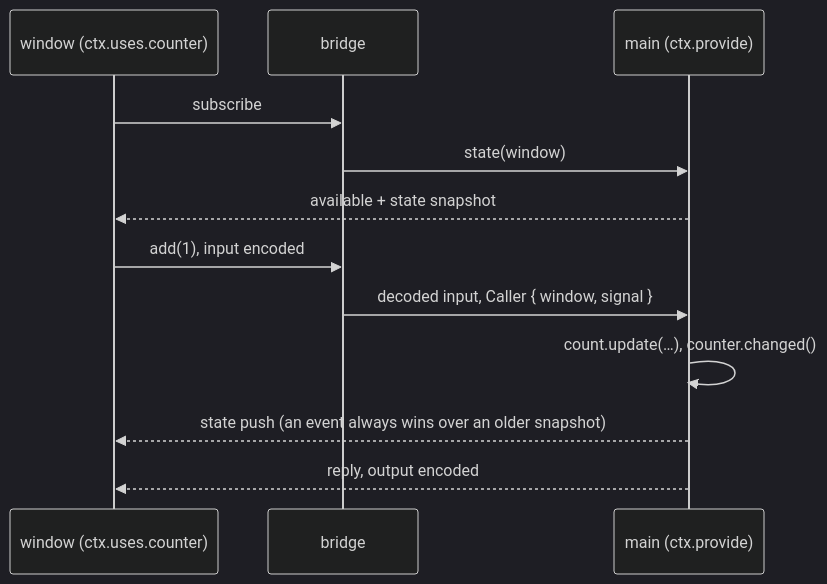
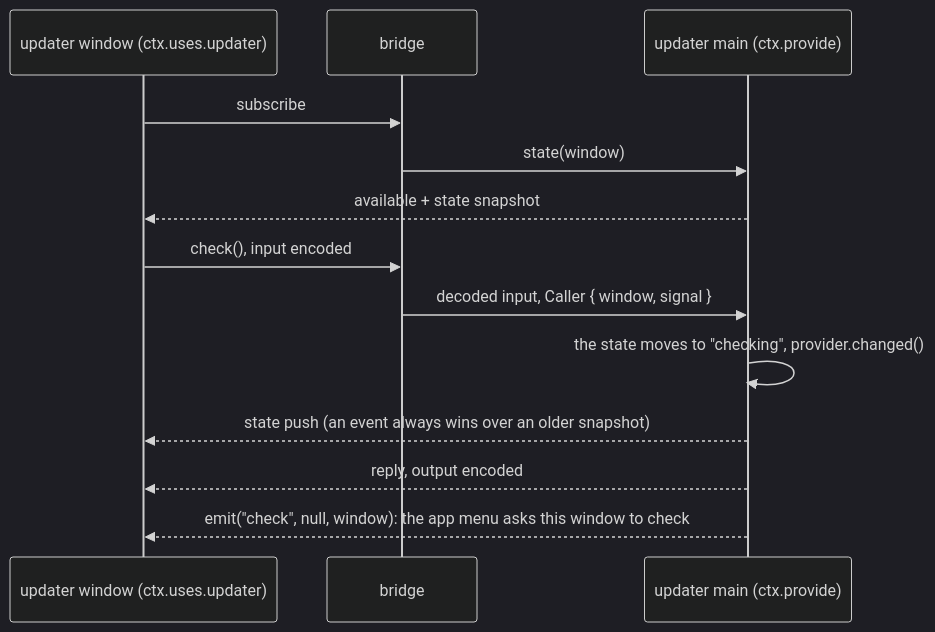
Before and after one commit to Hona/opencode: the fourth of 4 diagrams in packages/gui-extensions/README.md, drawn with Mermaid (dark theme). The commit also changed other lines of this file and 14 other files, not shown here.

````diff
--- a/packages/gui-extensions/README.md
+++ b/packages/gui-extensions/README.md
@@ -220,14 +237,15 @@
 ```mermaid
 sequenceDiagram
-  participant W as window (ctx.uses.counter)
+  participant W as updater window (ctx.uses.updater)
   participant B as bridge
-  participant M as main (ctx.provide)
+  participant M as updater main (ctx.provide)
   W->>B: subscribe
   B->>M: state(window)
   M-->>W: available + state snapshot
-  W->>B: add(1), input encoded
+  W->>B: check(), input encoded
   B->>M: decoded input, Caller { window, signal }
-  M->>M: count.update(…), counter.changed()
+  M->>M: the state moves to "checking", provider.changed()
   M-->>W: state push (an event always wins over an older snapshot)
   M-->>W: reply, output encoded
+  M-->>W: emit("check", null, window): the app menu asks this window to check
 ```
````
